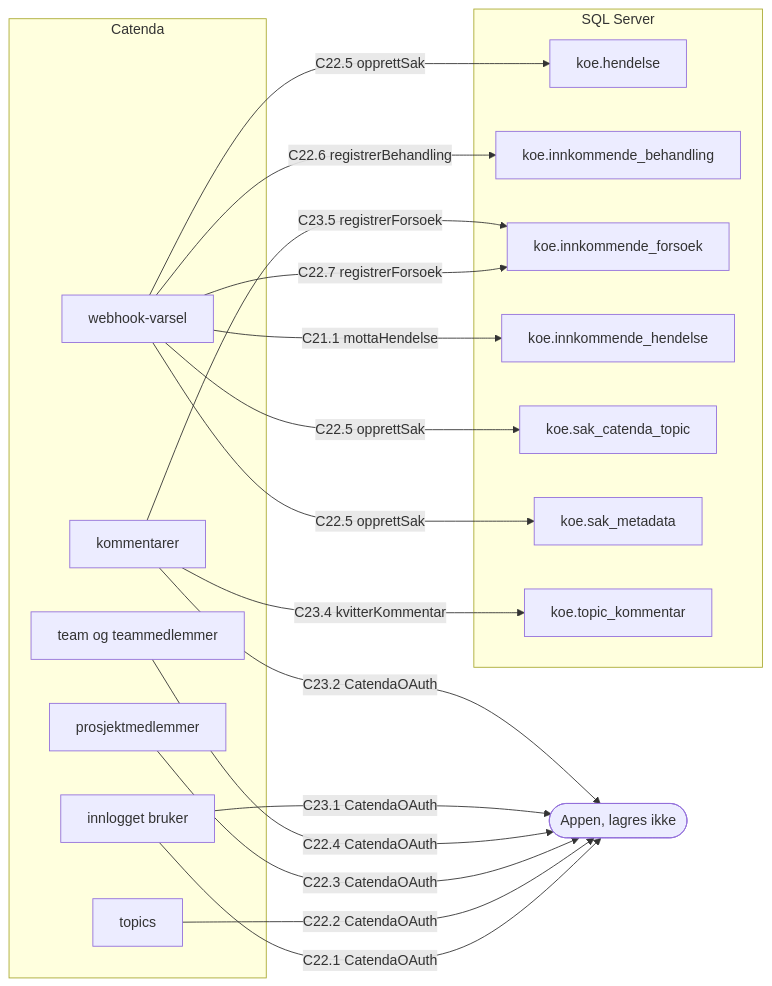
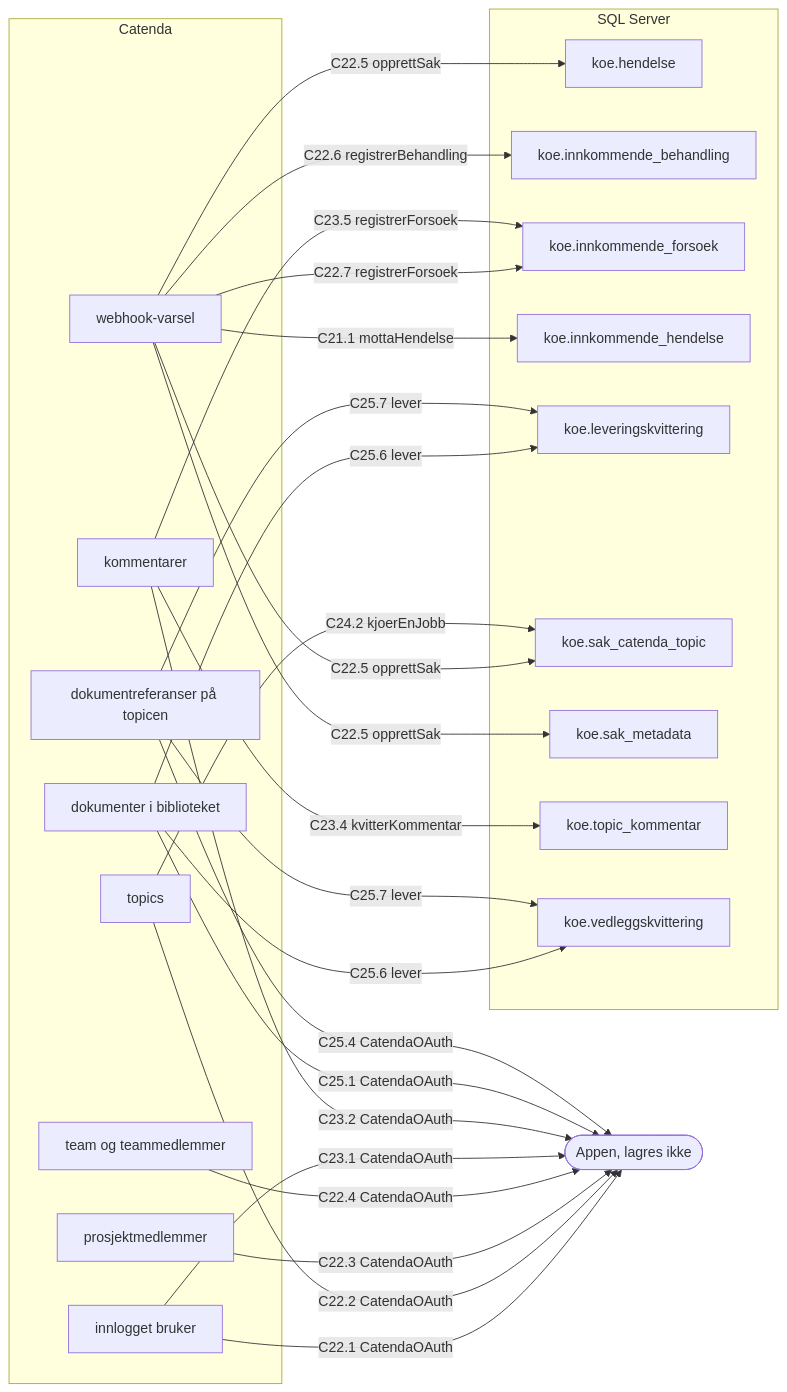
One commit to khjohns/endringsmeldinger changed the second of 4 diagrams in docs/datamodell/relasjoner.md. Above: the diagram before and after it, drawn with Mermaid. The commit also changed other lines of this file and 4 other files, not shown here.

````diff
--- a/docs/datamodell/relasjoner.md
+++ b/docs/datamodell/relasjoner.md
@@ -436,35 +436,46 @@
 ```mermaid
 flowchart LR
     subgraph g0["Catenda"]
         c_webhook["webhook-varsel"]
         c_bruker["innlogget bruker"]
         c_medlemmer["prosjektmedlemmer"]
         c_team["team og teammedlemmer"]
         c_topic["topics"]
         c_kommentar["kommentarer"]
+        c_dokument["dokumenter i biblioteket"]
+        c_dokumentreferanse["dokumentreferanser på topicen"]
     end
     subgraph g1["SQL Server"]
         t_koe_hendelse["koe.hendelse"]
         t_koe_innkommende_behandling["koe.innkommende_behandling"]
         t_koe_innkommende_forsoek["koe.innkommende_forsoek"]
         t_koe_innkommende_hendelse["koe.innkommende_hendelse"]
+        t_koe_leveringskvittering["koe.leveringskvittering"]
         t_koe_sak_catenda_topic["koe.sak_catenda_topic"]
         t_koe_sak_metadata["koe.sak_metadata"]
         t_koe_topic_kommentar["koe.topic_kommentar"]
+        t_koe_vedleggskvittering["koe.vedleggskvittering"]
     end
     t_appen(["Appen, lagres ikke"])
     c_webhook -->|"C21.1 mottaHendelse"| t_koe_innkommende_hendelse
     c_bruker -->|"C22.1 CatendaOAuth"| t_appen
     c_topic -->|"C22.2 CatendaOAuth"| t_appen
     c_medlemmer -->|"C22.3 CatendaOAuth"| t_appen
     c_team -->|"C22.4 CatendaOAuth"| t_appen
     c_webhook -->|"C22.5 opprettSak"| t_koe_sak_metadata
     c_webhook -->|"C22.5 opprettSak"| t_koe_hendelse
     c_webhook -->|"C22.5 opprettSak"| t_koe_sak_catenda_topic
     c_webhook -->|"C22.6 registrerBehandling"| t_koe_innkommende_behandling
     c_webhook -->|"C22.7 registrerForsoek"| t_koe_innkommende_forsoek
     c_bruker -->|"C23.1 CatendaOAuth"| t_appen
     c_kommentar -->|"C23.2 CatendaOAuth"| t_appen
     c_kommentar -->|"C23.4 kvitterKommentar"| t_koe_topic_kommentar
     c_kommentar -->|"C23.5 registrerForsoek"| t_koe_innkommende_forsoek
+    c_topic -->|"C24.2 kjoerEnJobb"| t_koe_sak_catenda_topic
+    c_dokument -->|"C25.1 CatendaOAuth"| t_appen
+    c_dokumentreferanse -->|"C25.4 CatendaOAuth"| t_appen
+    c_dokument -->|"C25.6 lever"| t_koe_vedleggskvittering
+    c_dokument -->|"C25.6 lever"| t_koe_leveringskvittering
+    c_dokumentreferanse -->|"C25.7 lever"| t_koe_vedleggskvittering
+    c_dokumentreferanse -->|"C25.7 lever"| t_koe_leveringskvittering
 ```
````
